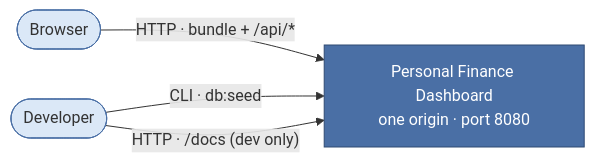
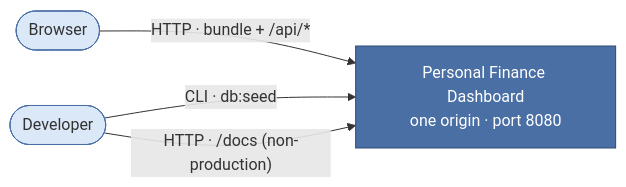
Before and after one commit to RomanL1/finance-dashboard: the diagram in docs/arc42/diagrams/03_technical_context.mmd, drawn with Mermaid. The commit also changed 18 other files, not shown here.

```diff
--- a/docs/arc42/diagrams/03_technical_context.mmd
+++ b/docs/arc42/diagrams/03_technical_context.mmd
@@ -1,11 +1,11 @@
 flowchart LR
   browser(["Browser"])
   sys["Personal Finance Dashboard<br/>one origin · port 8080"]
   dev(["Developer"])
   browser -->|"HTTP · bundle + /api/*"| sys
   dev -->|"CLI · db:seed"| sys
-  dev -->|"HTTP · /docs (dev only)"| sys
+  dev -->|"HTTP · /docs (non-production)"| sys
   classDef person fill:#dbe8f7,stroke:#4a6fa5;
   classDef system fill:#4a6fa5,stroke:#2f4a73,color:#ffffff;
   class browser,dev person;
   class sys system;
```
